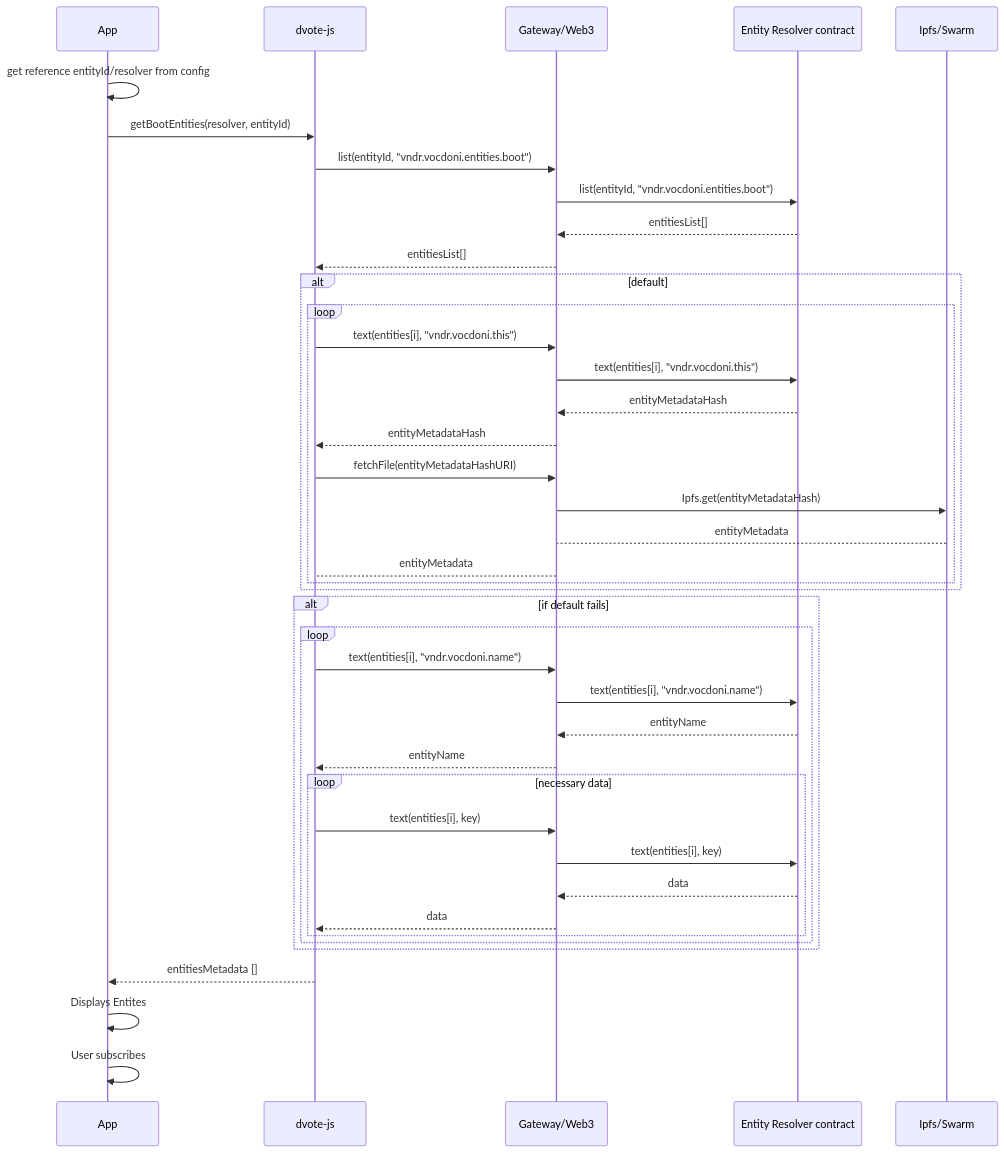
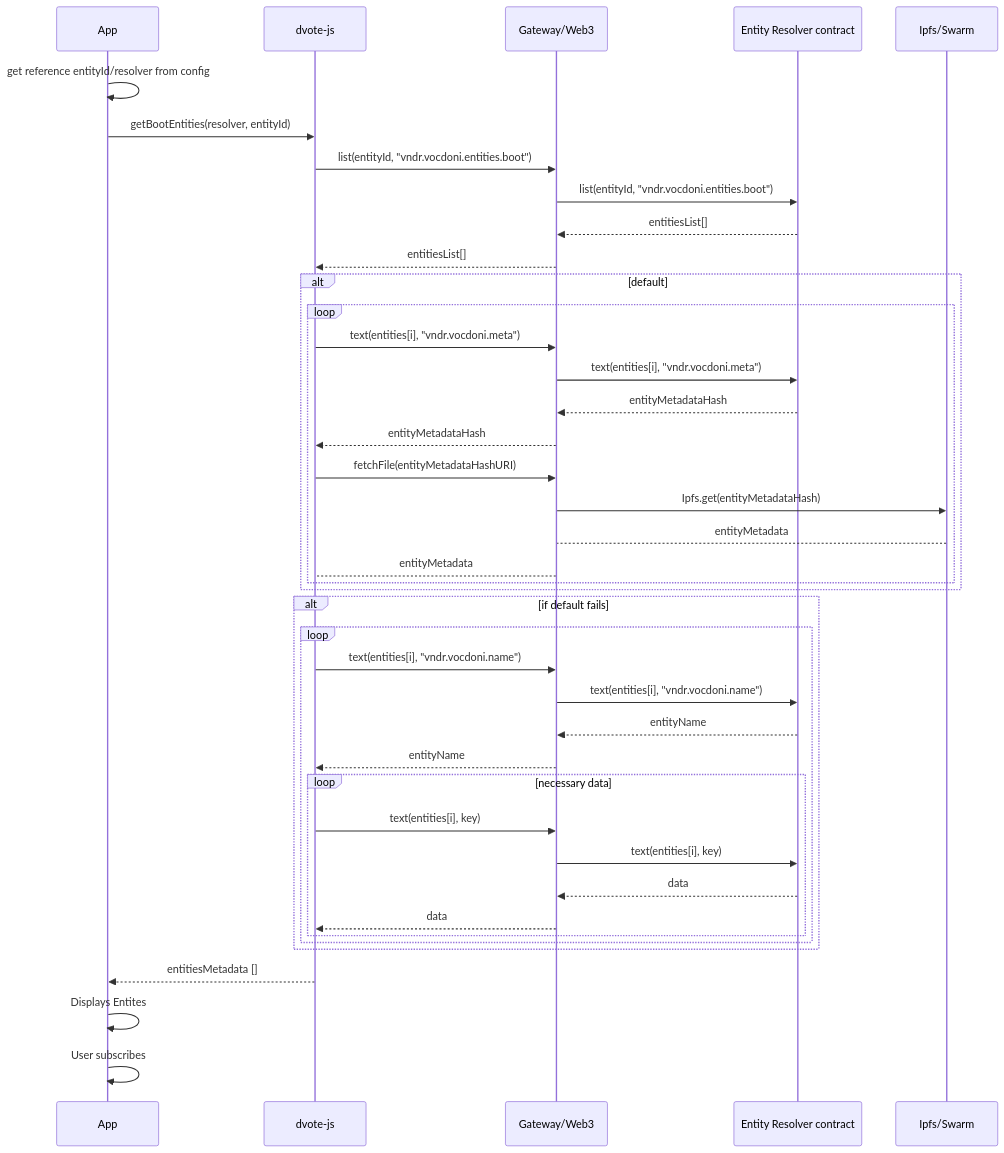
The second of 13 diagrams in docs/protocol/sequence-diagrams.md (vocdoni/docs), drawn with Mermaid before and after one commit. The commit also changed other lines of this file and 1 other file, not shown here.

````diff
--- a/docs/protocol/sequence-diagrams.md
+++ b/docs/protocol/sequence-diagrams.md
@@ -113,49 +99,49 @@
 ```mermaid
 
 sequenceDiagram
     participant App
     participant DV as dvote-js
     participant GW as Gateway/Web3
     participant ER as Entity Resolver contract
     participant IPFS as Ipfs/Swarm
 
     App->>App: get reference entityId/resolver from config
     App->>DV: getBootEntities(resolver, entityId)
     DV->>GW: list(entityId, "vndr.vocdoni.entities.boot")
     GW->>ER: list(entityId, "vndr.vocdoni.entities.boot")
     ER-->>GW: entitiesList[]
     GW-->>DV: entitiesList[]
 
     alt default
         loop
-            DV->>GW: text(entities[i], "vndr.vocdoni.this")
-            GW->>ER: text(entities[i], "vndr.vocdoni.this")
-            ER-->>GW: entityMetadataHash
+            DV->>GW: text(entities[i], "vndr.vocdoni.meta")
+                GW->>ER: text(entities[i], "vndr.vocdoni.meta")
+                ER-->>GW: entityMetadataHash
             GW-->>DV: entityMetadataHash
             DV->>GW: fetchFile(entityMetadataHashURI)
-            GW->>IPFS: Ipfs.get(entityMetadataHash)
-            IPFS-->GW: entityMetadata
+                GW->>IPFS: Ipfs.get(entityMetadataHash)
+                IPFS-->GW: entityMetadata
             GW-->DV: entityMetadata
         end
     end
 
     alt if default fails
         loop
             DV->>GW: text(entities[i], "vndr.vocdoni.name")
             GW->>ER: text(entities[i], "vndr.vocdoni.name")
             ER-->>GW: entityName
             GW-->>DV: entityName
 
             loop necessary data
                 DV->>GW: text(entities[i], key)
                 GW->>ER: text(entities[i], key)
                 ER-->>GW: data
                 GW-->>DV: data
             end
         end
     end
 
     DV-->>App:  entitiesMetadata []
     App->>App: Displays Entites
     App->>App: User subscribes
 ```
````
